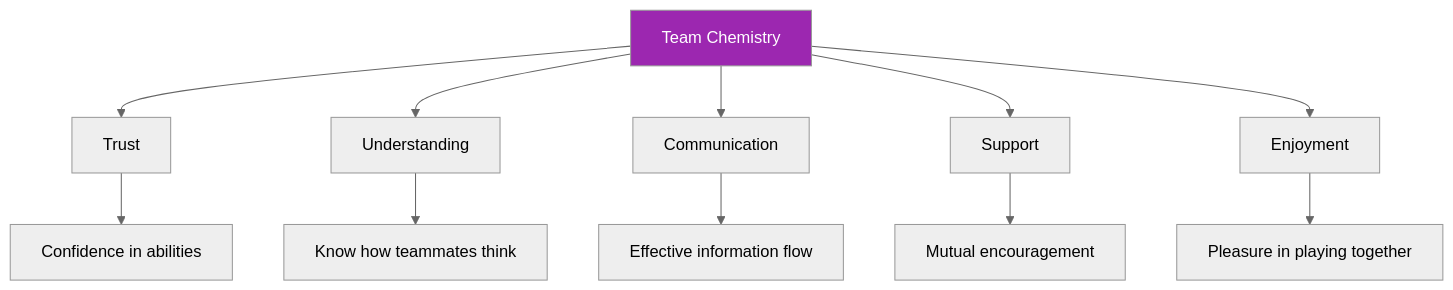
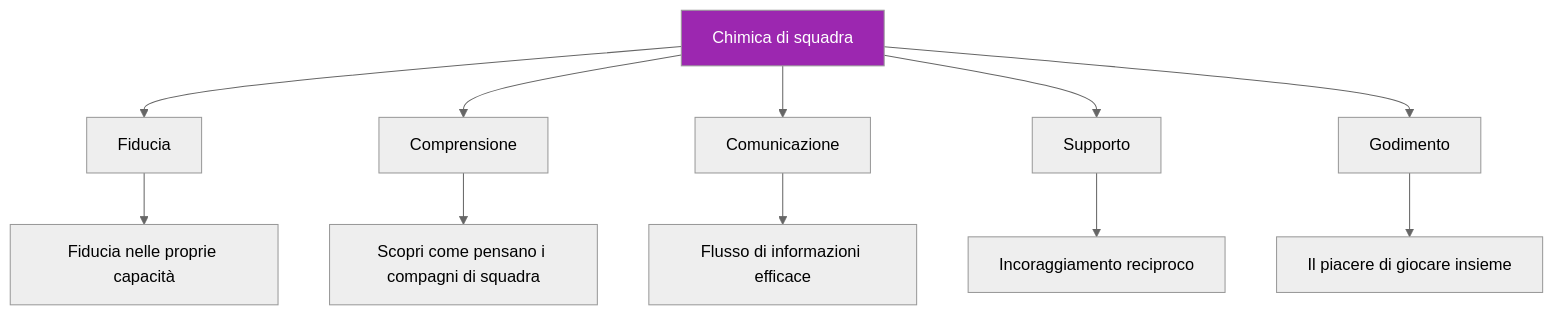
One commit to patwii/petanque-academy changed the diagram in docs/it/articles/team-chemistry.md. Above: the diagram before and after it, drawn with Mermaid (neutral theme). The commit also changed other lines of this file and 550 other files, not shown here.

````diff
--- a/docs/it/articles/team-chemistry.md
+++ b/docs/it/articles/team-chemistry.md
@@ -20,16 +20,16 @@
 ```mermaid
 flowchart TD
-    A[Team Chemistry] --> B[Trust]
-    A --> C[Understanding]
-    A --> D[Communication]
-    A --> E[Support]
-    A --> F[Enjoyment]
+    A[Chimica di squadra] --> B[Fiducia]
+    A --> C[Comprensione]
+    A --> D[Comunicazione]
+    A --> E[Supporto]
+    A --> F[Godimento]
 
-    B --> G[Confidence in abilities]
-    C --> H[Know how teammates think]
-    D --> I[Effective information flow]
-    E --> J[Mutual encouragement]
-    F --> K[Pleasure in playing together]
+    B --> G[Fiducia nelle proprie capacità]
+    C --> H[Scopri come pensano i compagni di squadra]
+    D --> I[Flusso di informazioni efficace]
+    E --> J[Incoraggiamento reciproco]
+    F --> K[Il piacere di giocare insieme]
 
     style A fill:#9C27B0,color:#fff
 ```
````
